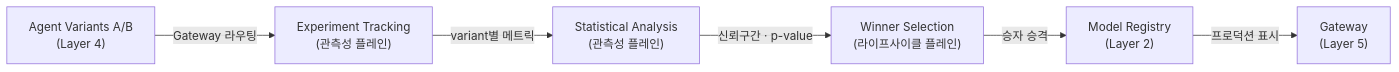
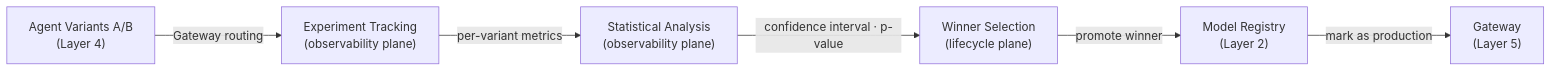
Before and after one commit to devfloor9/engineering-playbook: the eighth of 10 diagrams in docs/agentic-ai-platform/design-architecture/foundations/agentic-platform-architecture.md, drawn with Mermaid. The commit also changed other lines of this file and 954 other files, not shown here.

````diff
--- a/docs/agentic-ai-platform/design-architecture/foundations/agentic-platform-architecture.md
+++ b/docs/agentic-ai-platform/design-architecture/foundations/agentic-platform-architecture.md
@@ -600,8 +597,8 @@
 ```mermaid
 graph LR
-    A["Agent Variants A/B<br/>(Layer 4)"] -->|Gateway 라우팅| B["Experiment Tracking<br/>(관측성 플레인)"]
-    B -->|variant별 메트릭| C["Statistical Analysis<br/>(관측성 플레인)"]
-    C -->|신뢰구간 · p-value| D["Winner Selection<br/>(라이프사이클 플레인)"]
-    D -->|승자 승격| E["Model Registry<br/>(Layer 2)"]
-    E -->|프로덕션 표시| F["Gateway<br/>(Layer 5)"]
+    A["Agent Variants A/B<br/>(Layer 4)"] -->|Gateway routing| B["Experiment Tracking<br/>(observability plane)"]
+    B -->|per-variant metrics| C["Statistical Analysis<br/>(observability plane)"]
+    C -->|confidence interval · p-value| D["Winner Selection<br/>(lifecycle plane)"]
+    D -->|promote winner| E["Model Registry<br/>(Layer 2)"]
+    E -->|mark as production| F["Gateway<br/>(Layer 5)"]
 ```
````
